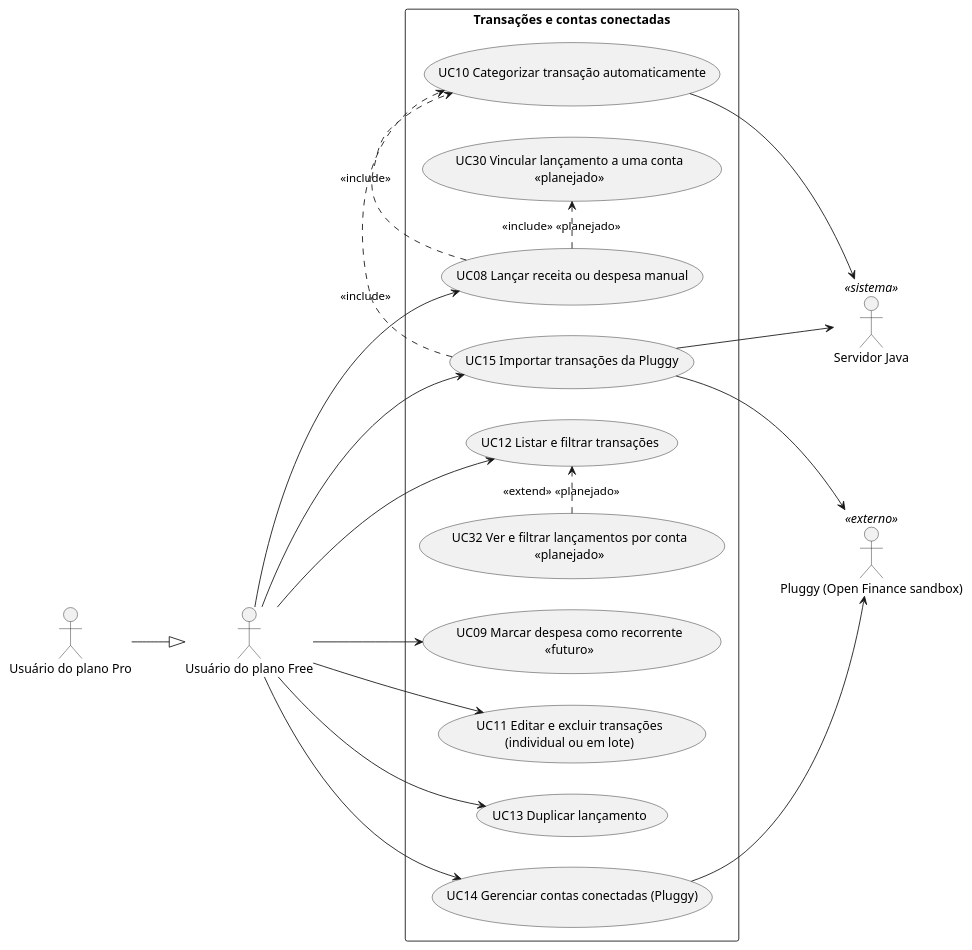
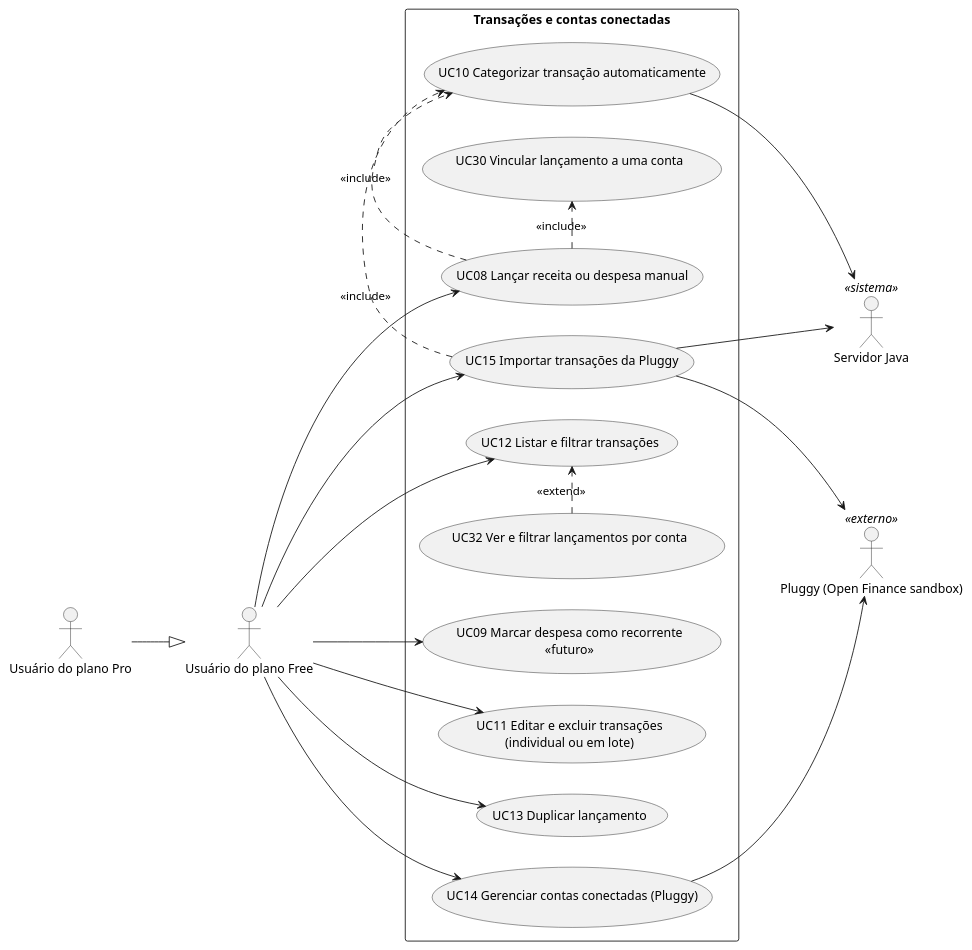
The fourth of 8 diagrams in docs/uml/03-casos-de-uso.md (MiguelFMont/ES-PI4-2026-T1-G18), drawn with PlantUML before and after one commit. The commit also changed other lines of this file and 27 other files, not shown here.

Commit message:
docs: UML só do Servidor (remove diagramas de classes do Backend e do Frontend e as marcas de planejado)

````diff
--- a/docs/uml/03-casos-de-uso.md
+++ b/docs/uml/03-casos-de-uso.md
@@ -122,37 +121,37 @@
 ```plantuml
 @startuml
 left to right direction
 actor "Usuário do plano Free" as F
 actor "Usuário do plano Pro" as P
 actor "Servidor Java" as J <<sistema>>
 actor "Pluggy (Open Finance sandbox)" as PL <<externo>>
 P --|> F
 rectangle "Transações e contas conectadas" {
   usecase "UC08 Lançar receita ou despesa manual" as UC08
   usecase "UC09 Marcar despesa como recorrente\n<<futuro>>" as UC09
   usecase "UC10 Categorizar transação automaticamente" as UC10
   usecase "UC11 Editar e excluir transações\n(individual ou em lote)" as UC11
   usecase "UC12 Listar e filtrar transações" as UC12
   usecase "UC13 Duplicar lançamento" as UC13
   usecase "UC14 Gerenciar contas conectadas (Pluggy)" as UC14
   usecase "UC15 Importar transações da Pluggy" as UC15
-  usecase "UC30 Vincular lançamento a uma conta\n<<planejado>>" as UC30
-  usecase "UC32 Ver e filtrar lançamentos por conta\n<<planejado>>" as UC32
+  usecase "UC30 Vincular lançamento a uma conta\n" as UC30
+  usecase "UC32 Ver e filtrar lançamentos por conta\n" as UC32
 }
 F --> UC08
 F --> UC09
 F --> UC11
 F --> UC12
 F --> UC13
 F --> UC14
 F --> UC15
 UC08 .> UC10 : <<include>>
 UC15 .> UC10 : <<include>>
-UC08 .> UC30 : <<include>> <<planejado>>
-UC32 .> UC12 : <<extend>> <<planejado>>
+UC08 .> UC30 : <<include>>
+UC32 .> UC12 : <<extend>>
 UC10 --> J
 UC14 --> PL
 UC15 --> PL
 UC15 --> J
 @enduml
 ```
````
